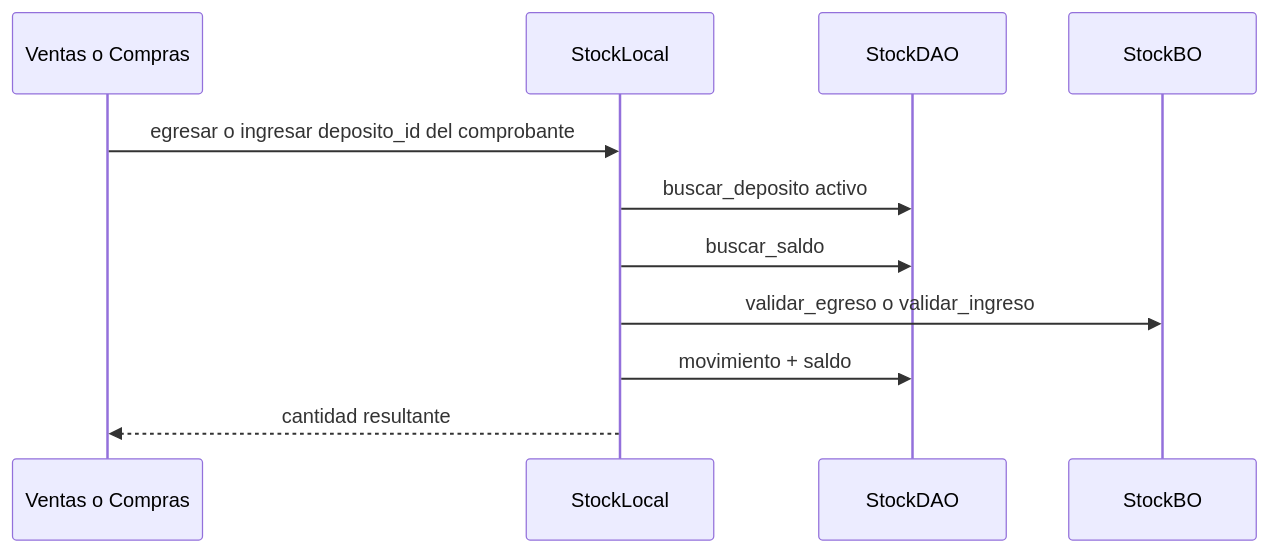
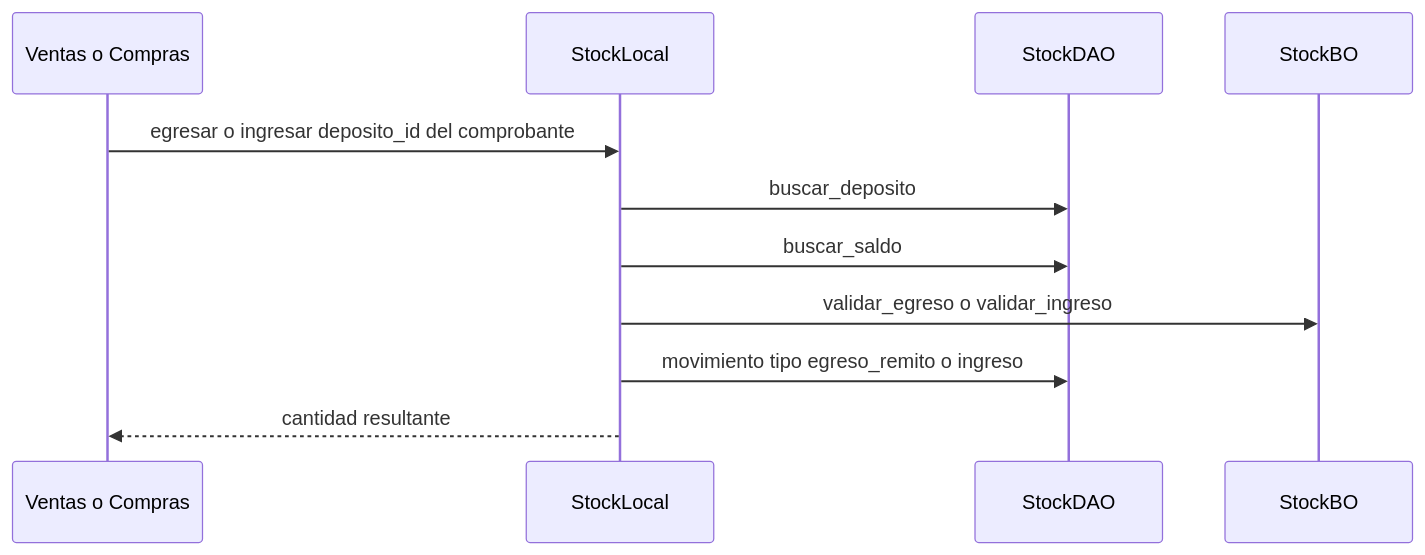
Before and after one commit to estsan3/ventas360-api: the third of 3 diagrams in docs/diagramas/stock.md, drawn with Mermaid. The commit also changed 2 other files, not shown here.

Commit message:
docs: alinear mermaid de proveedores, IA y stock
Match de lista por ítem vinculado → código proveedor → SKU; mostrador
exige AI habilitada; movimientos de contrato egreso_remito / ingreso.

````diff
--- a/docs/diagramas/stock.md
+++ b/docs/diagramas/stock.md
@@ -58,14 +58,14 @@
 ```mermaid
 sequenceDiagram
     participant Orquestador as Ventas o Compras
     participant Stock as StockLocal
     participant DAO as StockDAO
     participant BO as StockBO
 
     Orquestador->>Stock: egresar o ingresar deposito_id del comprobante
-    Stock->>DAO: buscar_deposito activo
+    Stock->>DAO: buscar_deposito
     Stock->>DAO: buscar_saldo
     Stock->>BO: validar_egreso o validar_ingreso
-    Stock->>DAO: movimiento + saldo
+    Stock->>DAO: movimiento tipo egreso_remito o ingreso
     Stock-->>Orquestador: cantidad resultante
 ```
````
